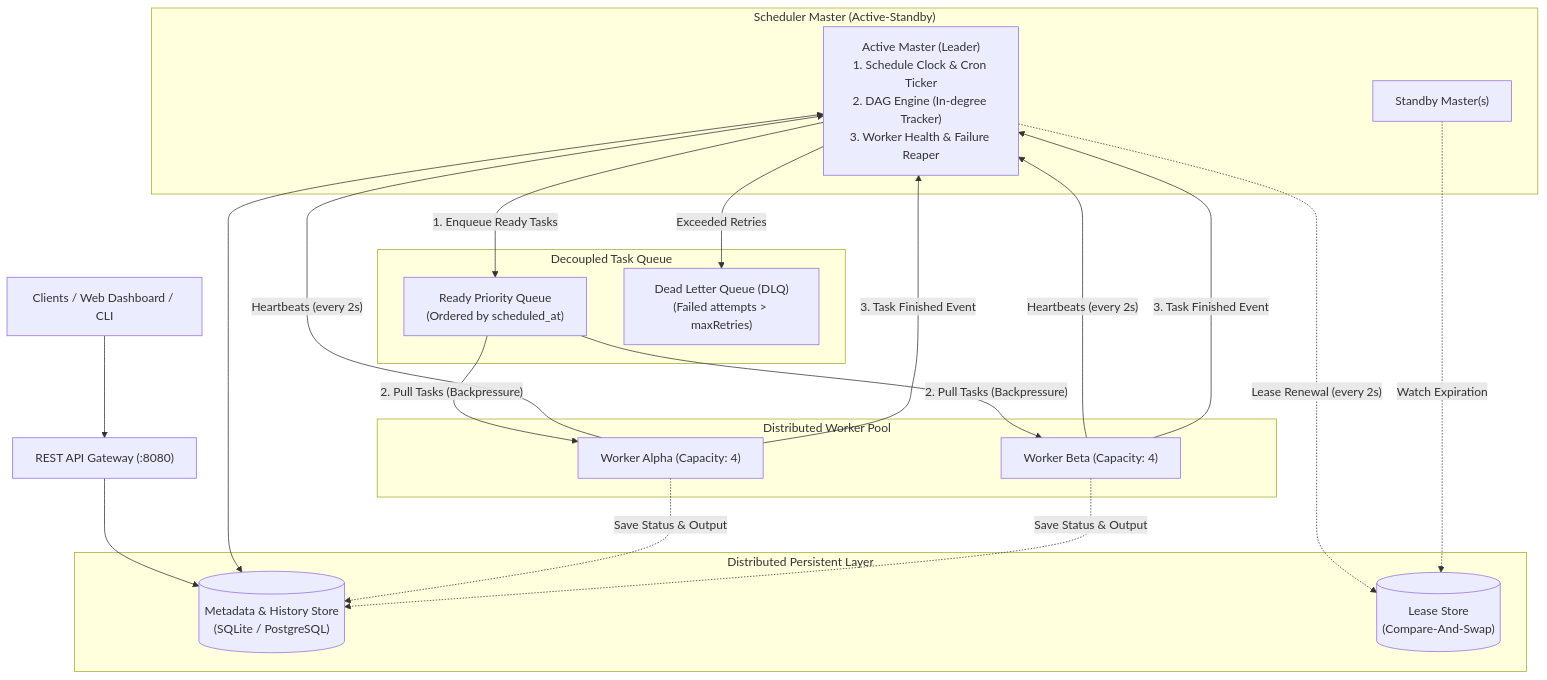
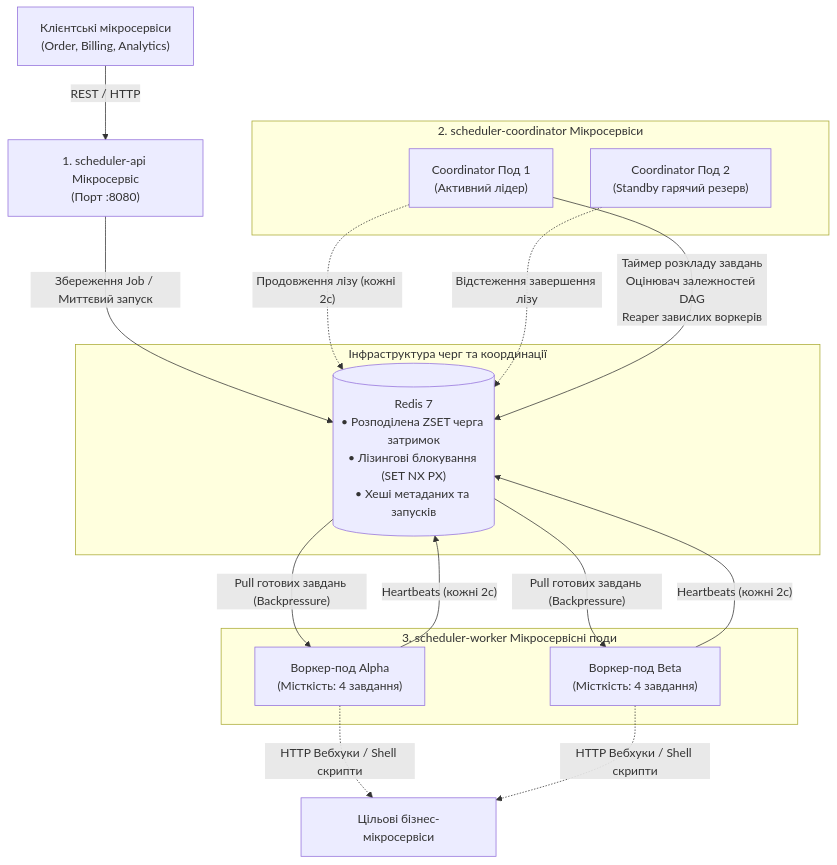
Before and after one commit to tarashor/job-scheduler: the first of 3 diagrams in README.md, drawn with Mermaid. The commit also changed other lines of this file and 34 other files, not shown here.

Commit message:
feat: decompose into microservices architecture with Redis, Docker Compose, Ukrainian README, and sequence diagram

````diff
--- a/README.md
+++ b/README.md
@@ -73,45 +46,33 @@
 ```mermaid
 flowchart TD
-    Client["Clients / Web Dashboard / CLI"] --> API["REST API Gateway (:8080)"]
+    ClientSvc["Клієнтські мікросервіси<br/>(Order, Billing, Analytics)"] -->|"REST / HTTP"| API["1. scheduler-api Мікросервіс<br/>(Порт :8080)"]
     
-    subgraph Storage ["Distributed Persistent Layer"]
-        DB[("Metadata & History Store<br/>(SQLite / PostgreSQL)")]
-        CoordStore[("Lease Store<br/>(Compare-And-Swap)")]
+    subgraph StorageLayer ["Інфраструктура черг та координації"]
+        Redis[("Redis 7<br/>• Розподілена ZSET черга затримок<br/>• Лізингові блокування (SET NX PX)<br/>• Хеші метаданих та запусків")]
     end
-    
-    API --> DB
-    
-    subgraph CoordinatorGroup ["Scheduler Master (Active-Standby)"]
-        ActiveMaster["Active Master (Leader)<br/>1. Schedule Clock & Cron Ticker<br/>2. DAG Engine (In-degree Tracker)<br/>3. Worker Health & Failure Reaper"]
-        StandbyMaster["Standby Master(s)"]
-        ActiveMaster -.->|"Lease Renewal (every 2s)"| CoordStore
-        StandbyMaster -.->|"Watch Expiration"| CoordStore
+
+    API -->|"Збереження Job / Миттєвий запуск"| Redis
+
+    subgraph CoordinatorPods ["2. scheduler-coordinator Мікросервіси"]
+        C1["Coordinator Под 1<br/>(Активний лідер)"]
+        C2["Coordinator Под 2<br/>(Standby гарячий резерв)"]
+        C1 -.->|"Продовження лізу (кожні 2с)"| Redis
+        C2 -.->|"Відстеження завершення лізу"| Redis
     end
-    
-    ActiveMaster <--> DB
-    
-    subgraph Queue ["Decoupled Task Queue"]
-        ReadyQueue["Ready Priority Queue<br/>(Ordered by scheduled_at)"]
-        DLQ["Dead Letter Queue (DLQ)<br/>(Failed attempts > maxRetries)"]
+
+    C1 -- "Таймер розкладу завдань<br/>Оцінювач залежностей DAG<br/>Reaper завислих воркерів" --> Redis
+
+    subgraph WorkerPool ["3. scheduler-worker Мікросервісні поди"]
+        W1["Воркер-под Alpha<br/>(Місткість: 4 завдання)"]
+        W2["Воркер-под Beta<br/>(Місткість: 4 завдання)"]
     end
-    
-    ActiveMaster -- "1. Enqueue Ready Tasks" --> ReadyQueue
-    ActiveMaster -- "Exceeded Retries" --> DLQ
-    
-    subgraph WorkerPool ["Distributed Worker Pool"]
-        W1["Worker Alpha (Capacity: 4)"]
-        W2["Worker Beta (Capacity: 4)"]
-    end
-    
-    ReadyQueue -- "2. Pull Tasks (Backpressure)" --> W1
-    ReadyQueue -- "2. Pull Tasks (Backpressure)" --> W2
-    
-    W1 -- "Heartbeats (every 2s)" --> ActiveMaster
-    W2 -- "Heartbeats (every 2s)" --> ActiveMaster
-    
-    W1 -- "3. Task Finished Event" --> ActiveMaster
-    W2 -- "3. Task Finished Event" --> ActiveMaster
-    
-    W1 -.->|"Save Status & Output"| DB
-    W2 -.->|"Save Status & Output"| DB
+
+    Redis -- "Pull готових завдань (Backpressure)" --> W1
+    Redis -- "Pull готових завдань (Backpressure)" --> W2
+
+    W1 -- "Heartbeats (кожні 2с)" --> Redis
+    W2 -- "Heartbeats (кожні 2с)" --> Redis
+
+    W1 -.->|"HTTP Вебхуки / Shell скрипти"| TargetSvc["Цільові бізнес-мікросервіси"]
+    W2 -.->|"HTTP Вебхуки / Shell скрипти"| TargetSvc
 ```
````
